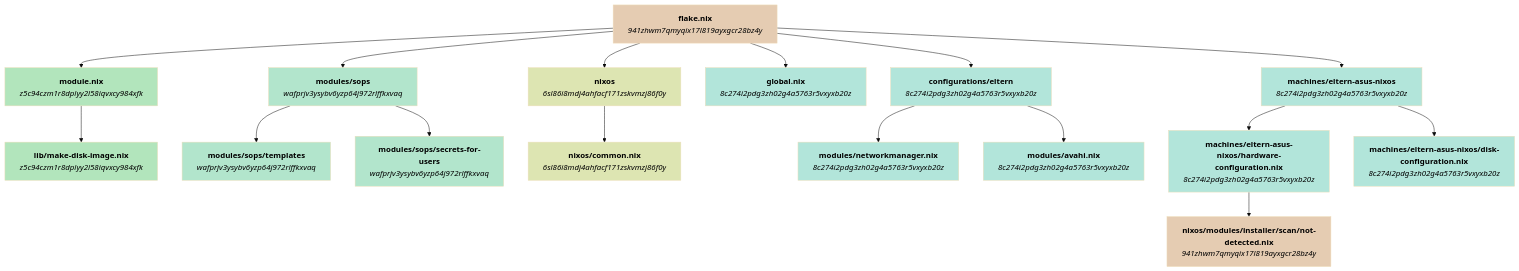
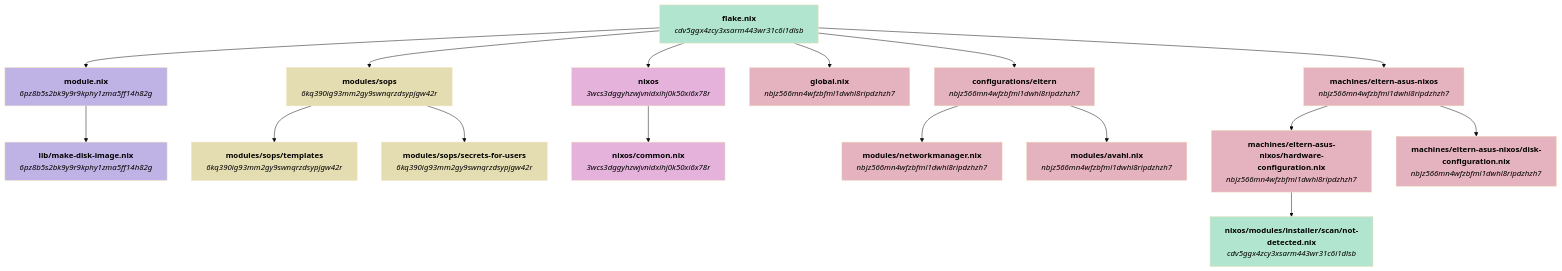
Before and after one commit to welles/nixos-config: the first of 6 diagrams in GRAPHS.md, drawn with Mermaid (base theme). The commit also changed other lines of this file, not shown here.

Commit message:
Update configuration graphs file

````diff
--- a/GRAPHS.md
+++ b/GRAPHS.md
@@ -5,82 +5,82 @@
 ```mermaid
 flowchart TD
-    n941zhwm7qmyqix17l819ayxgcr28bz4y_flake_nix["`**flake.nix**
+    ncdv5ggx4zcy3xsarm443wr31c6i1dlsb_flake_nix["`**flake.nix**
 
-_941zhwm7qmyqix17l819ayxgcr28bz4y_`"]
-    nz5c94czm1r8dplyy2l58iqvxcy984xfk_module_nix["`**module.nix**
+_cdv5ggx4zcy3xsarm443wr31c6i1dlsb_`"]
+    n6pz8b5s2bk9y9r9kphy1zma5ff14h82g_module_nix["`**module.nix**
 
-_z5c94czm1r8dplyy2l58iqvxcy984xfk_`"]
-    nz5c94czm1r8dplyy2l58iqvxcy984xfk_lib_make_disk_image_nix["`**lib/make-disk-image.nix**
+_6pz8b5s2bk9y9r9kphy1zma5ff14h82g_`"]
+    n6pz8b5s2bk9y9r9kphy1zma5ff14h82g_lib_make_disk_image_nix["`**lib/make-disk-image.nix**
 
-_z5c94czm1r8dplyy2l58iqvxcy984xfk_`"]
-    nwafprjv3ysybv6yzp64j972rlffkxvaq_modules_sops["`**modules/sops**
+_6pz8b5s2bk9y9r9kphy1zma5ff14h82g_`"]
+    n6kq390ig93mm2gy9swnqrzdsypjgw42r_modules_sops["`**modules/sops**
 
-_wafprjv3ysybv6yzp64j972rlffkxvaq_`"]
-    nwafprjv3ysybv6yzp64j972rlffkxvaq_modules_sops_templates["`**modules/sops/templates**
+_6kq390ig93mm2gy9swnqrzdsypjgw42r_`"]
+    n6kq390ig93mm2gy9swnqrzdsypjgw42r_modules_sops_templates["`**modules/sops/templates**
 
-_wafprjv3ysybv6yzp64j972rlffkxvaq_`"]
-    nwafprjv3ysybv6yzp64j972rlffkxvaq_modules_sops_secrets_for_users["`**modules/sops/secrets-for-users**
+_6kq390ig93mm2gy9swnqrzdsypjgw42r_`"]
+    n6kq390ig93mm2gy9swnqrzdsypjgw42r_modules_sops_secrets_for_users["`**modules/sops/secrets-for-users**
 
-_wafprjv3ysybv6yzp64j972rlffkxvaq_`"]
-    n6sl86i8mdj4ahfacf171zskvmzj86f0y_nixos["`**nixos**
+_6kq390ig93mm2gy9swnqrzdsypjgw42r_`"]
+    n3wcs3dggyhzwjvnidxihj0k50xi6x78r_nixos["`**nixos**
 
-_6sl86i8mdj4ahfacf171zskvmzj86f0y_`"]
-    n6sl86i8mdj4ahfacf171zskvmzj86f0y_nixos_common_nix["`**nixos/common.nix**
+_3wcs3dggyhzwjvnidxihj0k50xi6x78r_`"]
+    n3wcs3dggyhzwjvnidxihj0k50xi6x78r_nixos_common_nix["`**nixos/common.nix**
 
-_6sl86i8mdj4ahfacf171zskvmzj86f0y_`"]
-    n8c274i2pdg3zh02g4a5763r5vxyxb20z_global_nix["`**global.nix**
+_3wcs3dggyhzwjvnidxihj0k50xi6x78r_`"]
+    nnbjz566mn4wfzbfml1dwhl8ripdzhzh7_global_nix["`**global.nix**
 
-_8c274i2pdg3zh02g4a5763r5vxyxb20z_`"]
-    n8c274i2pdg3zh02g4a5763r5vxyxb20z_configurations_eltern["`**configurations/eltern**
+_nbjz566mn4wfzbfml1dwhl8ripdzhzh7_`"]
+    nnbjz566mn4wfzbfml1dwhl8ripdzhzh7_configurations_eltern["`**configurations/eltern**
 
-_8c274i2pdg3zh02g4a5763r5vxyxb20z_`"]
-    n8c274i2pdg3zh02g4a5763r5vxyxb20z_modules_networkmanager_nix["`**modules/networkmanager.nix**
+_nbjz566mn4wfzbfml1dwhl8ripdzhzh7_`"]
+    nnbjz566mn4wfzbfml1dwhl8ripdzhzh7_modules_networkmanager_nix["`**modules/networkmanager.nix**
 
-_8c274i2pdg3zh02g4a5763r5vxyxb20z_`"]
-    n8c274i2pdg3zh02g4a5763r5vxyxb20z_modules_avahi_nix["`**modules/avahi.nix**
+_nbjz566mn4wfzbfml1dwhl8ripdzhzh7_`"]
+    nnbjz566mn4wfzbfml1dwhl8ripdzhzh7_modules_avahi_nix["`**modules/avahi.nix**
 
-_8c274i2pdg3zh02g4a5763r5vxyxb20z_`"]
-    n8c274i2pdg3zh02g4a5763r5vxyxb20z_machines_eltern_asus_nixos["`**machines/eltern-asus-nixos**
+_nbjz566mn4wfzbfml1dwhl8ripdzhzh7_`"]
+    nnbjz566mn4wfzbfml1dwhl8ripdzhzh7_machines_eltern_asus_nixos["`**machines/eltern-asus-nixos**
 
-_8c274i2pdg3zh02g4a5763r5vxyxb20z_`"]
-    n8c274i2pdg3zh02g4a5763r5vxyxb20z_machines_eltern_asus_nixos_hardware_configuration_nix["`**machines/eltern-asus-nixos/hardware-configuration.nix**
+_nbjz566mn4wfzbfml1dwhl8ripdzhzh7_`"]
+    nnbjz566mn4wfzbfml1dwhl8ripdzhzh7_machines_eltern_asus_nixos_hardware_configuration_nix["`**machines/eltern-asus-nixos/hardware-configuration.nix**
 
-_8c274i2pdg3zh02g4a5763r5vxyxb20z_`"]
-    n941zhwm7qmyqix17l819ayxgcr28bz4y_nixos_modules_installer_scan_not_detected_nix["`**nixos/modules/installer/scan/not-detected.nix**
+_nbjz566mn4wfzbfml1dwhl8ripdzhzh7_`"]
+    ncdv5ggx4zcy3xsarm443wr31c6i1dlsb_nixos_modules_installer_scan_not_detected_nix["`**nixos/modules/installer/scan/not-detected.nix**
 
-_941zhwm7qmyqix17l819ayxgcr28bz4y_`"]
-    n8c274i2pdg3zh02g4a5763r5vxyxb20z_machines_eltern_asus_nixos_disk_configuration_nix["`**machines/eltern-asus-nixos/disk-configuration.nix**
+_cdv5ggx4zcy3xsarm443wr31c6i1dlsb_`"]
+    nnbjz566mn4wfzbfml1dwhl8ripdzhzh7_machines_eltern_asus_nixos_disk_configuration_nix["`**machines/eltern-asus-nixos/disk-configuration.nix**
 
-_8c274i2pdg3zh02g4a5763r5vxyxb20z_`"]
-    n941zhwm7qmyqix17l819ayxgcr28bz4y_flake_nix --> nz5c94czm1r8dplyy2l58iqvxcy984xfk_module_nix
-    n941zhwm7qmyqix17l819ayxgcr28bz4y_flake_nix --> nwafprjv3ysybv6yzp64j972rlffkxvaq_modules_sops
-    n941zhwm7qmyqix17l819ayxgcr28bz4y_flake_nix --> n6sl86i8mdj4ahfacf171zskvmzj86f0y_nixos
-    n941zhwm7qmyqix17l819ayxgcr28bz4y_flake_nix --> n8c274i2pdg3zh02g4a5763r5vxyxb20z_global_nix
-    n941zhwm7qmyqix17l819ayxgcr28bz4y_flake_nix --> n8c274i2pdg3zh02g4a5763r5vxyxb20z_configurations_eltern
-    n941zhwm7qmyqix17l819ayxgcr28bz4y_flake_nix --> n8c274i2pdg3zh02g4a5763r5vxyxb20z_machines_eltern_asus_nixos
-    nz5c94czm1r8dplyy2l58iqvxcy984xfk_module_nix --> nz5c94czm1r8dplyy2l58iqvxcy984xfk_lib_make_disk_image_nix
-    nwafprjv3ysybv6yzp64j972rlffkxvaq_modules_sops --> nwafprjv3ysybv6yzp64j972rlffkxvaq_modules_sops_templates
-    nwafprjv3ysybv6yzp64j972rlffkxvaq_modules_sops --> nwafprjv3ysybv6yzp64j972rlffkxvaq_modules_sops_secrets_for_users
-    n6sl86i8mdj4ahfacf171zskvmzj86f0y_nixos --> n6sl86i8mdj4ahfacf171zskvmzj86f0y_nixos_common_nix
-    n8c274i2pdg3zh02g4a5763r5vxyxb20z_configurations_eltern --> n8c274i2pdg3zh02g4a5763r5vxyxb20z_modules_networkmanager_nix
-    n8c274i2pdg3zh02g4a5763r5vxyxb20z_configurations_eltern --> n8c274i2pdg3zh02g4a5763r5vxyxb20z_modules_avahi_nix
-    n8c274i2pdg3zh02g4a5763r5vxyxb20z_machines_eltern_asus_nixos --> n8c274i2pdg3zh02g4a5763r5vxyxb20z_machines_eltern_asus_nixos_hardware_configuration_nix
-    n8c274i2pdg3zh02g4a5763r5vxyxb20z_machines_eltern_asus_nixos --> n8c274i2pdg3zh02g4a5763r5vxyxb20z_machines_eltern_asus_nixos_disk_configuration_nix
-    n8c274i2pdg3zh02g4a5763r5vxyxb20z_machines_eltern_asus_nixos_hardware_configuration_nix --> n941zhwm7qmyqix17l819ayxgcr28bz4y_nixos_modules_installer_scan_not_detected_nix
-    style n941zhwm7qmyqix17l819ayxgcr28bz4y_flake_nix fill:#e5ccb2,color:#000000
-    style nz5c94czm1r8dplyy2l58iqvxcy984xfk_module_nix fill:#b2e5bc,color:#000000
-    style nz5c94czm1r8dplyy2l58iqvxcy984xfk_lib_make_disk_image_nix fill:#b2e5bc,color:#000000
-    style nwafprjv3ysybv6yzp64j972rlffkxvaq_modules_sops fill:#b2e5cc,color:#000000
-    style nwafprjv3ysybv6yzp64j972rlffkxvaq_modules_sops_templates fill:#b2e5cc,color:#000000
-    style nwafprjv3ysybv6yzp64j972rlffkxvaq_modules_sops_secrets_for_users fill:#b2e5cc,color:#000000
-    style n6sl86i8mdj4ahfacf171zskvmzj86f0y_nixos fill:#dde5b2,color:#000000
-    style n6sl86i8mdj4ahfacf171zskvmzj86f0y_nixos_common_nix fill:#dde5b2,color:#000000
-    style n8c274i2pdg3zh02g4a5763r5vxyxb20z_global_nix fill:#b2e5da,color:#000000
-    style n8c274i2pdg3zh02g4a5763r5vxyxb20z_configurations_eltern fill:#b2e5da,color:#000000
-    style n8c274i2pdg3zh02g4a5763r5vxyxb20z_modules_networkmanager_nix fill:#b2e5da,color:#000000
-    style n8c274i2pdg3zh02g4a5763r5vxyxb20z_modules_avahi_nix fill:#b2e5da,color:#000000
-    style n8c274i2pdg3zh02g4a5763r5vxyxb20z_machines_eltern_asus_nixos fill:#b2e5da,color:#000000
-    style n8c274i2pdg3zh02g4a5763r5vxyxb20z_machines_eltern_asus_nixos_hardware_configuration_nix fill:#b2e5da,color:#000000
-    style n941zhwm7qmyqix17l819ayxgcr28bz4y_nixos_modules_installer_scan_not_detected_nix fill:#e5ccb2,color:#000000
-    style n8c274i2pdg3zh02g4a5763r5vxyxb20z_machines_eltern_asus_nixos_disk_configuration_nix fill:#b2e5da,color:#000000
+_nbjz566mn4wfzbfml1dwhl8ripdzhzh7_`"]
+    ncdv5ggx4zcy3xsarm443wr31c6i1dlsb_flake_nix --> n6pz8b5s2bk9y9r9kphy1zma5ff14h82g_module_nix
+    ncdv5ggx4zcy3xsarm443wr31c6i1dlsb_flake_nix --> n6kq390ig93mm2gy9swnqrzdsypjgw42r_modules_sops
+    ncdv5ggx4zcy3xsarm443wr31c6i1dlsb_flake_nix --> n3wcs3dggyhzwjvnidxihj0k50xi6x78r_nixos
+    ncdv5ggx4zcy3xsarm443wr31c6i1dlsb_flake_nix --> nnbjz566mn4wfzbfml1dwhl8ripdzhzh7_global_nix
+    ncdv5ggx4zcy3xsarm443wr31c6i1dlsb_flake_nix --> nnbjz566mn4wfzbfml1dwhl8ripdzhzh7_configurations_eltern
+    ncdv5ggx4zcy3xsarm443wr31c6i1dlsb_flake_nix --> nnbjz566mn4wfzbfml1dwhl8ripdzhzh7_machines_eltern_asus_nixos
+    n6pz8b5s2bk9y9r9kphy1zma5ff14h82g_module_nix --> n6pz8b5s2bk9y9r9kphy1zma5ff14h82g_lib_make_disk_image_nix
+    n6kq390ig93mm2gy9swnqrzdsypjgw42r_modules_sops --> n6kq390ig93mm2gy9swnqrzdsypjgw42r_modules_sops_templates
+    n6kq390ig93mm2gy9swnqrzdsypjgw42r_modules_sops --> n6kq390ig93mm2gy9swnqrzdsypjgw42r_modules_sops_secrets_for_users
+    n3wcs3dggyhzwjvnidxihj0k50xi6x78r_nixos --> n3wcs3dggyhzwjvnidxihj0k50xi6x78r_nixos_common_nix
+    nnbjz566mn4wfzbfml1dwhl8ripdzhzh7_configurations_eltern --> nnbjz566mn4wfzbfml1dwhl8ripdzhzh7_modules_networkmanager_nix
+    nnbjz566mn4wfzbfml1dwhl8ripdzhzh7_configurations_eltern --> nnbjz566mn4wfzbfml1dwhl8ripdzhzh7_modules_avahi_nix
+    nnbjz566mn4wfzbfml1dwhl8ripdzhzh7_machines_eltern_asus_nixos --> nnbjz566mn4wfzbfml1dwhl8ripdzhzh7_machines_eltern_asus_nixos_hardware_configuration_nix
+    nnbjz566mn4wfzbfml1dwhl8ripdzhzh7_machines_eltern_asus_nixos --> nnbjz566mn4wfzbfml1dwhl8ripdzhzh7_machines_eltern_asus_nixos_disk_configuration_nix
+    nnbjz566mn4wfzbfml1dwhl8ripdzhzh7_machines_eltern_asus_nixos_hardware_configuration_nix --> ncdv5ggx4zcy3xsarm443wr31c6i1dlsb_nixos_modules_installer_scan_not_detected_nix
+    style ncdv5ggx4zcy3xsarm443wr31c6i1dlsb_flake_nix fill:#b2e5cf,color:#000000
+    style n6pz8b5s2bk9y9r9kphy1zma5ff14h82g_module_nix fill:#bfb2e5,color:#000000
+    style n6pz8b5s2bk9y9r9kphy1zma5ff14h82g_lib_make_disk_image_nix fill:#bfb2e5,color:#000000
+    style n6kq390ig93mm2gy9swnqrzdsypjgw42r_modules_sops fill:#e5ddb2,color:#000000
+    style n6kq390ig93mm2gy9swnqrzdsypjgw42r_modules_sops_templates fill:#e5ddb2,color:#000000
+    style n6kq390ig93mm2gy9swnqrzdsypjgw42r_modules_sops_secrets_for_users fill:#e5ddb2,color:#000000
+    style n3wcs3dggyhzwjvnidxihj0k50xi6x78r_nixos fill:#e5b2dc,color:#000000
+    style n3wcs3dggyhzwjvnidxihj0k50xi6x78r_nixos_common_nix fill:#e5b2dc,color:#000000
+    style nnbjz566mn4wfzbfml1dwhl8ripdzhzh7_global_nix fill:#e5b2bf,color:#000000
+    style nnbjz566mn4wfzbfml1dwhl8ripdzhzh7_configurations_eltern fill:#e5b2bf,color:#000000
+    style nnbjz566mn4wfzbfml1dwhl8ripdzhzh7_modules_networkmanager_nix fill:#e5b2bf,color:#000000
+    style nnbjz566mn4wfzbfml1dwhl8ripdzhzh7_modules_avahi_nix fill:#e5b2bf,color:#000000
+    style nnbjz566mn4wfzbfml1dwhl8ripdzhzh7_machines_eltern_asus_nixos fill:#e5b2bf,color:#000000
+    style nnbjz566mn4wfzbfml1dwhl8ripdzhzh7_machines_eltern_asus_nixos_hardware_configuration_nix fill:#e5b2bf,color:#000000
+    style ncdv5ggx4zcy3xsarm443wr31c6i1dlsb_nixos_modules_installer_scan_not_detected_nix fill:#b2e5cf,color:#000000
+    style nnbjz566mn4wfzbfml1dwhl8ripdzhzh7_machines_eltern_asus_nixos_disk_configuration_nix fill:#e5b2bf,color:#000000
 ```
````
